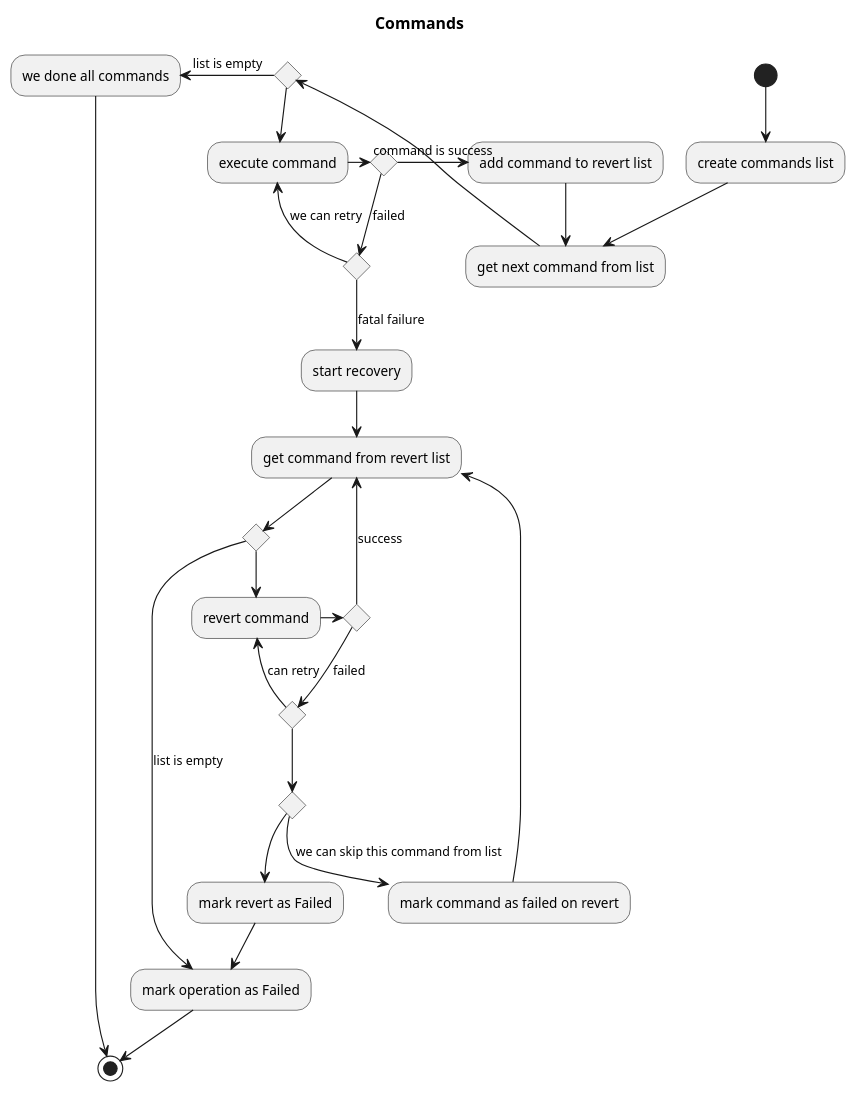
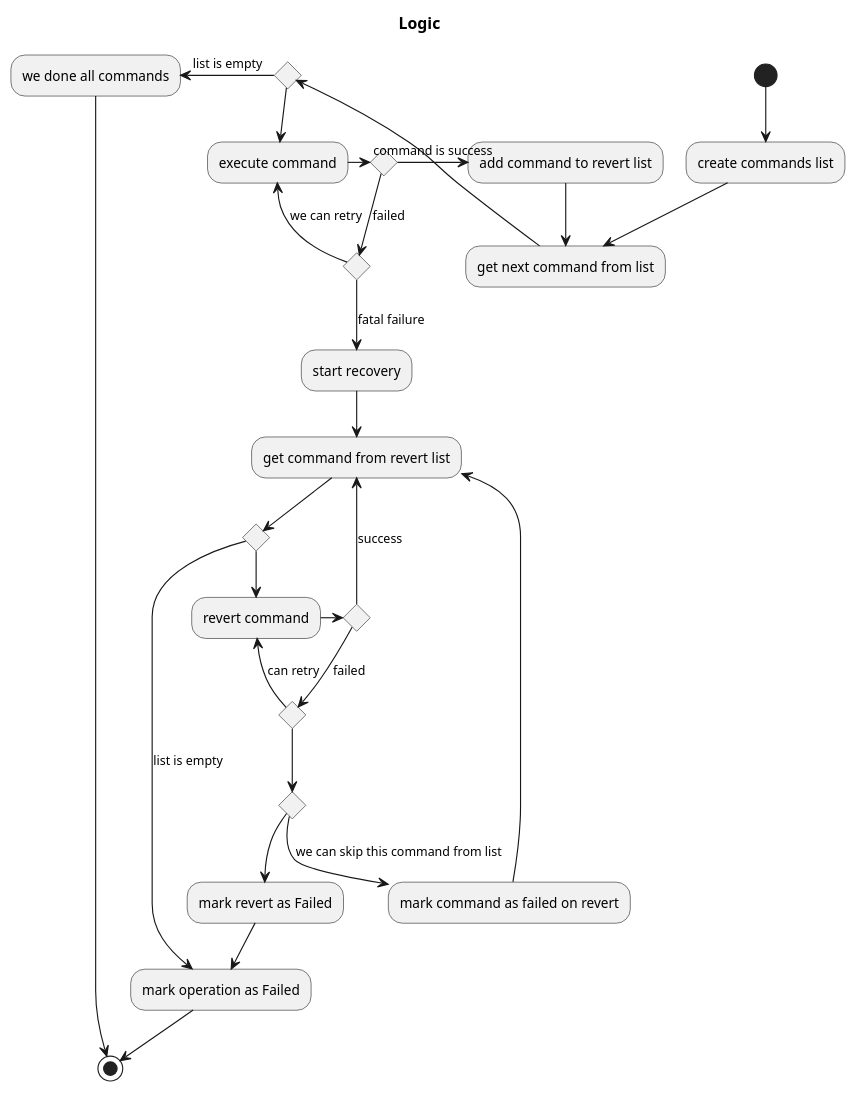
Before and after one commit to nikitamarchenko/tooyakoh: the diagram in doc/exceptions_positive.puml, drawn with PlantUML. The commit also changed 5 other files, not shown here.

Commit message:
add title for diagrams add rpc test for vkostenko add req.txt

```diff
--- a/doc/exceptions_positive.puml
+++ b/doc/exceptions_positive.puml
@@ -1,46 +1,48 @@
 @startuml
-title Commands
+
+title Logic
+
 (*)  --> "create commands list"
 --> "get next command from list" as a_start
 -left->if "" then
     -left->[list is empty] we done all commands
     -->(*)
 else
     -->"execute command"
     ->if "" then
         ->[command is success]add command to revert list
         --> a_start
     else
         -->[failed]if "" then
             -->[we can retry]"execute command"
         else
             -->[fatal failure]"start recovery" as recovery
         endif
     endif
 endif
 
 
 recovery-->"get command from revert list" as b_start
 -->if "" then
     --> [list is empty] "mark operation as Failed"
     -->(*)
 else
     -->revert command
     -right->if "" then
         -->[success] b_start
     else
         -->[failed] if "" then
             -->[can retry] revert command
         else
             if "" then
                 -->[we can skip this command from list] mark command as failed on revert
                 --> b_start
             else
                 -->"mark revert as Failed"
                 -->"mark operation as Failed"
             endif
         endif
     endif
 endif
 
 @enduml
```
